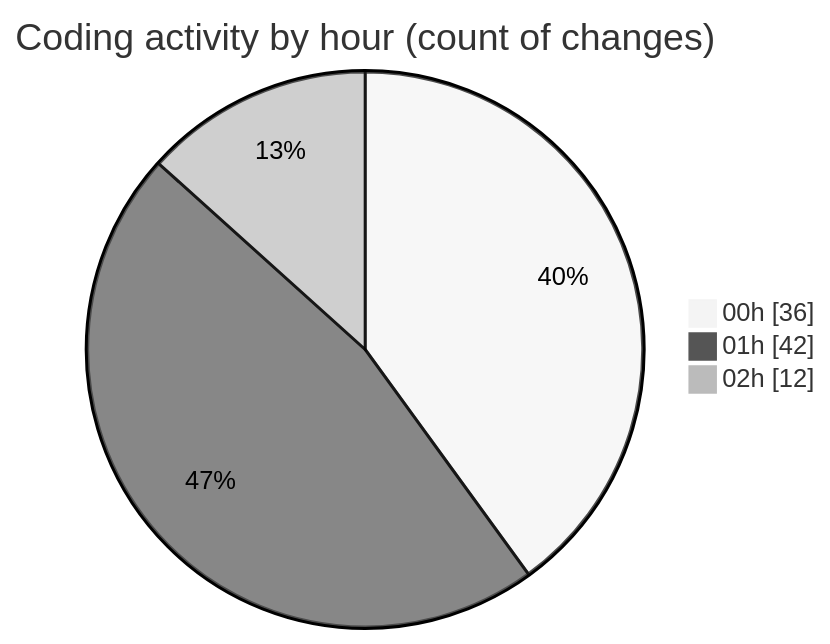
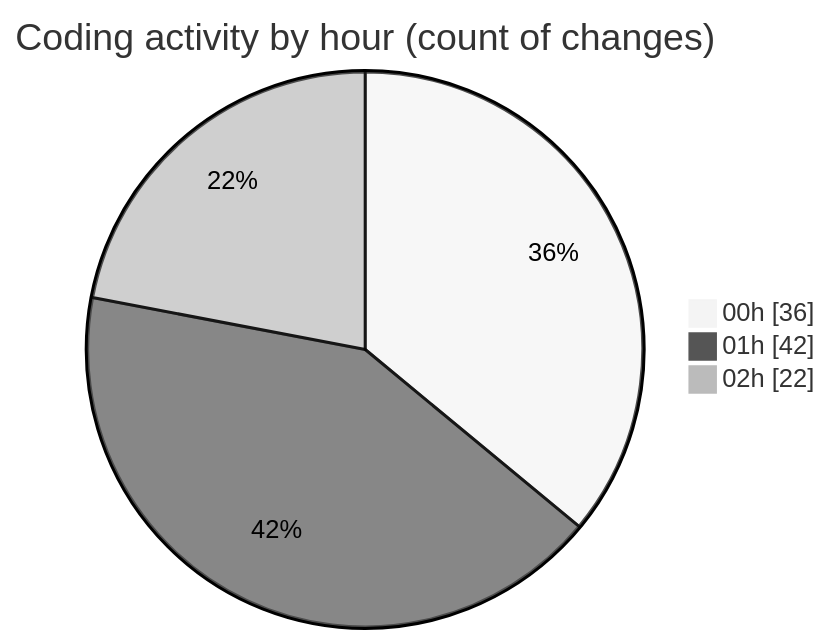
The second of 2 diagrams in 2025-05-04/houserentalservice/README.md (Ritupan-Deka/code-tracking), drawn with Mermaid (neutral theme) before and after one commit. The commit also changed other lines of this file and 1 other file, not shown here.

````diff
--- a/2025-05-04/houserentalservice/README.md
+++ b/2025-05-04/houserentalservice/README.md
@@ -67,7 +71,7 @@
 ```mermaid
 pie showData
 title Coding activity by hour (count of changes)
 "00h" : 36
 "01h" : 42
-"02h" : 12
+"02h" : 22
 ```
````
